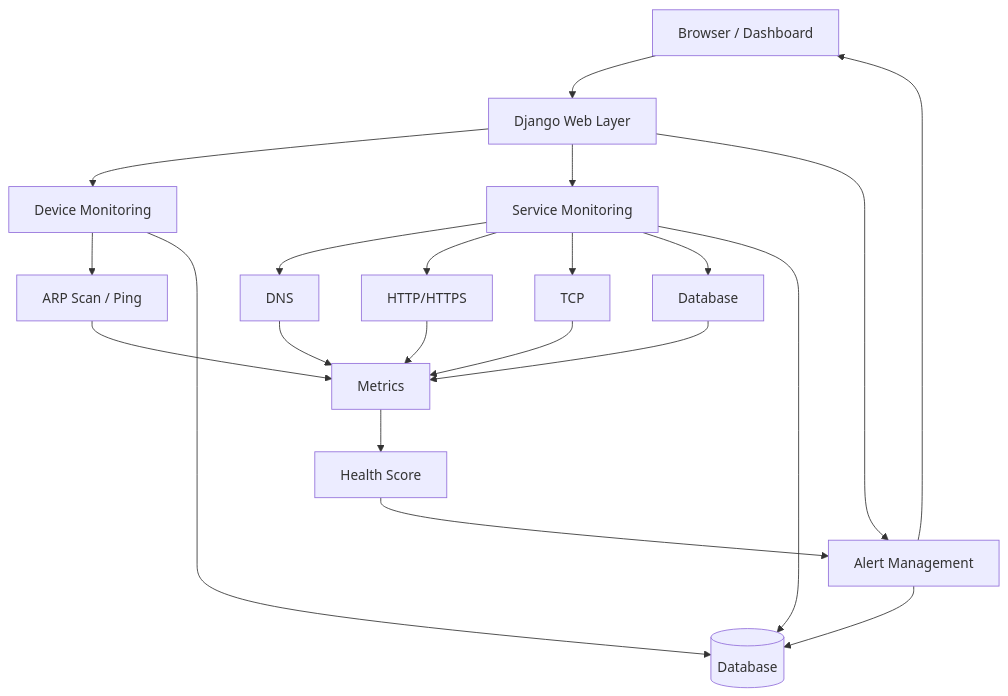
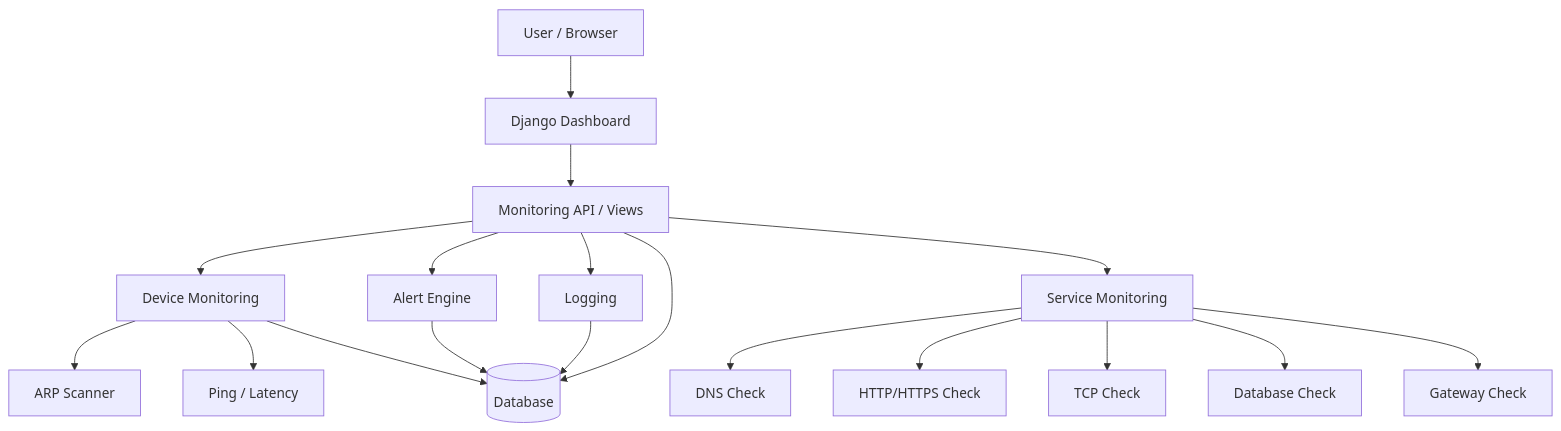
One commit to husseiny8/Network_Monitoring changed the first of 4 diagrams in README.md. Above: the diagram before and after it, drawn with Mermaid. The commit also changed other lines of this file, not shown here.

````diff
--- a/README.md
+++ b/README.md
@@ -149,23 +232,24 @@
 ```mermaid
-flowchart TD
-    A[Browser / Dashboard] --> B[Django Web Layer]
-    B --> C[Device Monitoring]
-    B --> D[Service Monitoring]
-    B --> E[Alert Management]
-    C --> F[ARP Scan / Ping]
-    D --> G[DNS]
-    D --> H[HTTP/HTTPS]
-    D --> I[TCP]
-    D --> J[Database]
-    C --> K[(Database)]
-    D --> K
-    E --> K
-    F --> L[Metrics]
-    G --> L
-    H --> L
-    I --> L
-    J --> L
-    L --> M[Health Score]
-    M --> E
-    E --> A
+flowchart TB
+    U[User / Browser] --> D[Django Dashboard]
+    D --> API[Monitoring API / Views]
+
+    API --> DEV[Device Monitoring]
+    API --> SVC[Service Monitoring]
+    API --> ALT[Alert Engine]
+    API --> LOG[Logging]
+
+    DEV --> ARP[ARP Scanner]
+    DEV --> PING[Ping / Latency]
+
+    SVC --> DNS[DNS Check]
+    SVC --> WEB[HTTP/HTTPS Check]
+    SVC --> TCP[TCP Check]
+    SVC --> DB[Database Check]
+    SVC --> GW[Gateway Check]
+
+    DEV --> DBSTORE[(Database)]
+    ALT --> DBSTORE
+    LOG --> DBSTORE
+    API --> DBSTORE
 ```
````
